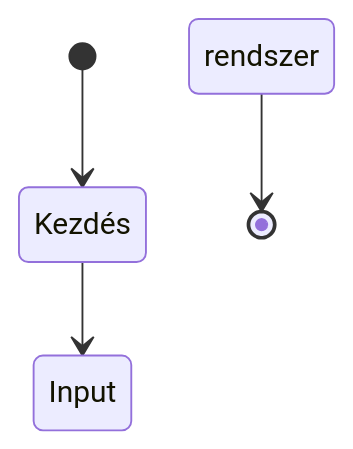
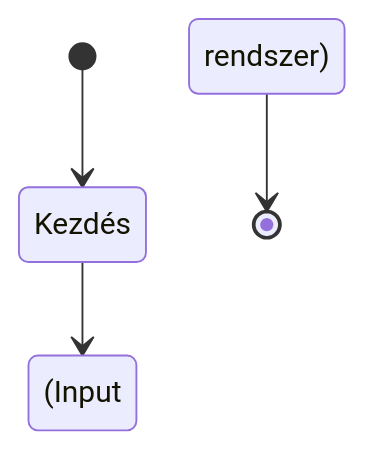
One commit to bzoli40/secret-of-the-mist changed the diagram in README.md. Above: the diagram before and after it, drawn with Mermaid.

````diff
--- a/README.md
+++ b/README.md
@@ -32,6 +32,6 @@
 ```mermaid
 stateDiagram
 [*] --> Kezdés
-Kezdés --> Input rendszer
-Input rendszer --> [*]
+Kezdés --> (Input rendszer)
+(Input rendszer) --> [*]
 ```
````
